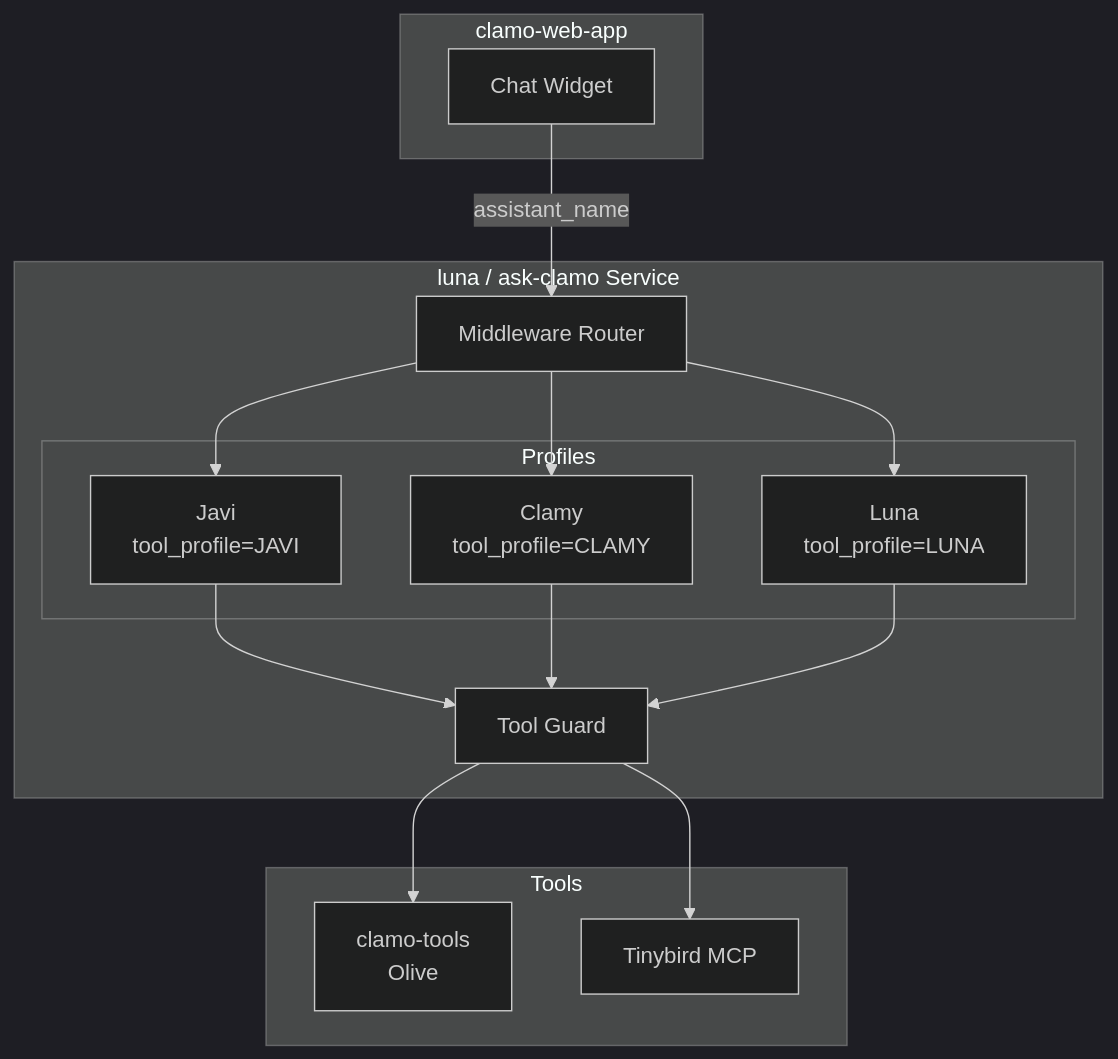
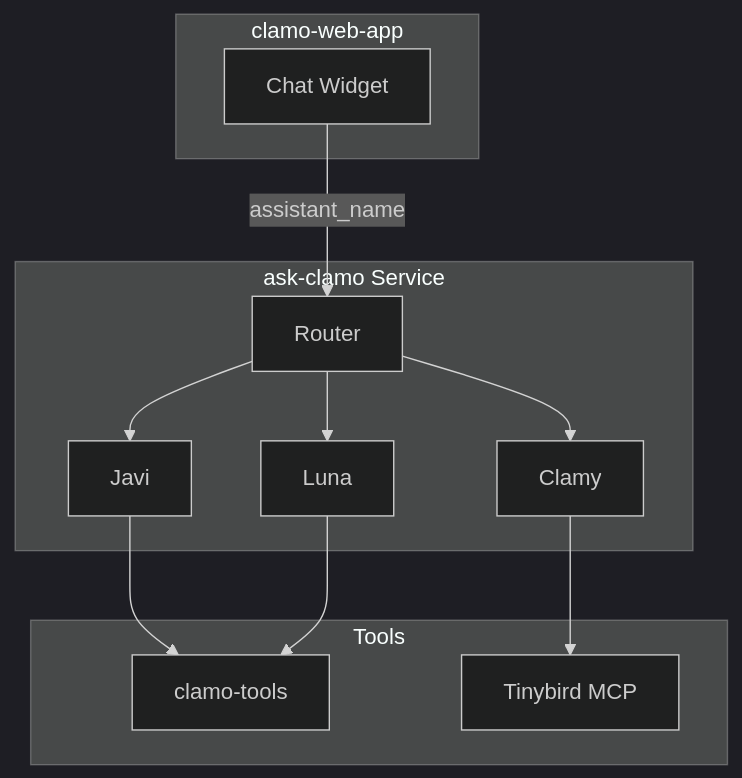
Before and after one commit to GetClamo/docs: the diagram in en/services/ask-clamo.mdx, drawn with Mermaid (dark theme). The commit also changed other lines of this file and 93 other files, not shown here.

````diff
--- a/en/services/ask-clamo.mdx
+++ b/en/services/ask-clamo.mdx
@@ -27,31 +21,26 @@
 ```mermaid
 flowchart TB
     subgraph WebApp [clamo-web-app]
         Chat[Chat Widget]
     end
-    
-    subgraph Luna [luna / ask-clamo Service]
-        Router[Middleware Router]
-        subgraph Profiles [Profiles]
-            Javi[Javi<br/>tool_profile=JAVI]
-            Clamy[Clamy<br/>tool_profile=CLAMY]
-            LunaP[Luna<br/>tool_profile=LUNA]
-        end
-        ToolGuard[Tool Guard]
+
+    subgraph Luna [ask-clamo Service]
+        Router[Router]
+        Javi[Javi]
+        Clamy[Clamy]
+        LunaP[Luna]
     end
-    
+
     subgraph Tools [Tools]
-        ClamoTools[clamo-tools<br/>Olive]
+        ClamoTools[clamo-tools]
         MCP[Tinybird MCP]
     end
-    
+
     Chat -->|assistant_name| Router
     Router --> Javi
     Router --> Clamy
     Router --> LunaP
-    Javi --> ToolGuard
-    Clamy --> ToolGuard
-    LunaP --> ToolGuard
-    ToolGuard --> ClamoTools
-    ToolGuard --> MCP
+    Javi --> ClamoTools
+    Clamy --> MCP
+    LunaP --> ClamoTools
 ```
````
